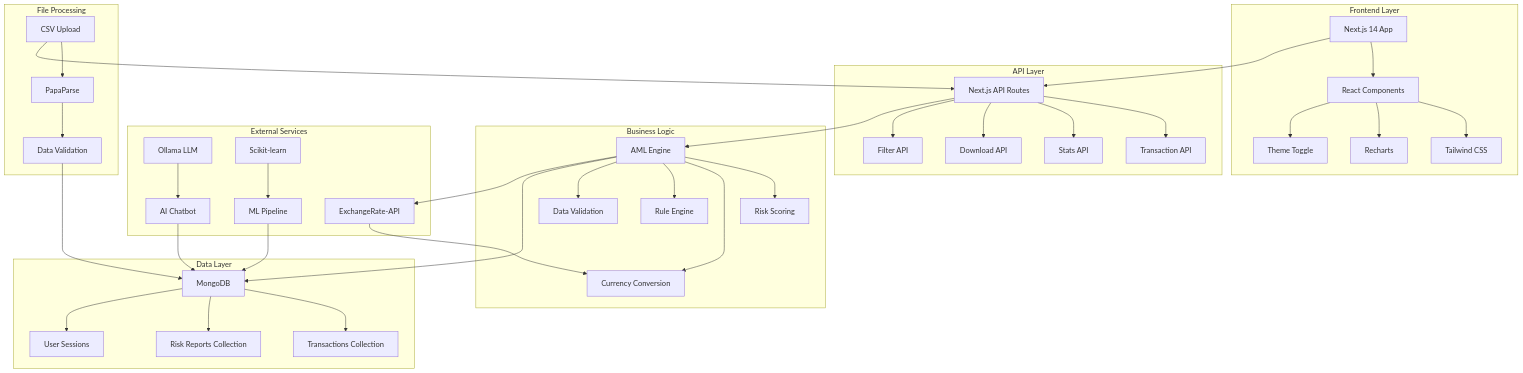
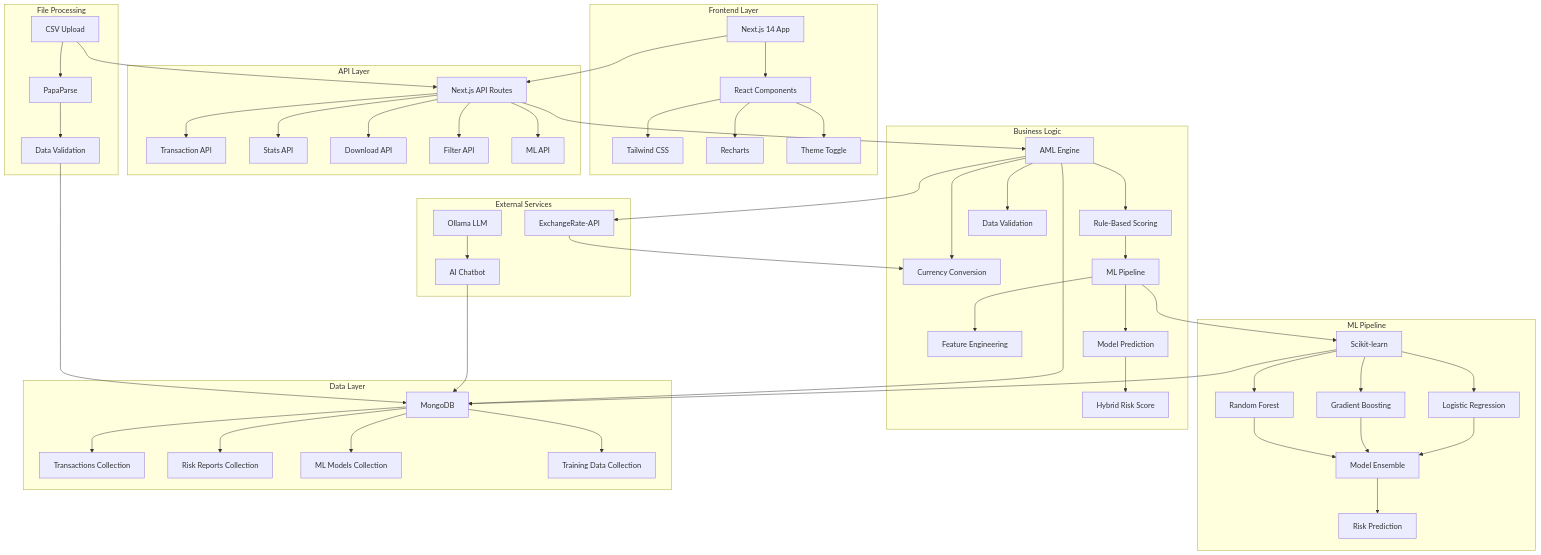
The first of 2 diagrams in README.md (yashkantsharma64/AML-360-Advanced-Anti-Money-Laundering-and-Transaction-Monitoring-System), drawn with Mermaid before and after one commit. The commit also changed other lines of this file, not shown here.

````diff
--- a/README.md
+++ b/README.md
@@ -73,49 +80,64 @@
 ```mermaid
 graph TB
     subgraph "Frontend Layer"
         A[Next.js 14 App] --> B[React Components]
         B --> C[Tailwind CSS]
         B --> D[Recharts]
         B --> E[Theme Toggle]
     end
     
     subgraph "API Layer"
         F[Next.js API Routes] --> G[Transaction API]
         F --> H[Stats API]
         F --> I[Download API]
         F --> J[Filter API]
+        F --> K[ML API]
     end
     
     subgraph "Business Logic"
-        K[AML Engine] --> L[Risk Scoring]
-        K --> M[Currency Conversion]
-        K --> N[Rule Engine]
-        K --> O[Data Validation]
+        L[AML Engine] --> M[Rule-Based Scoring]
+        L --> N[Currency Conversion]
+        L --> O[Data Validation]
+        M --> P[ML Pipeline]
+        P --> Q[Feature Engineering]
+        P --> R[Model Prediction]
+        R --> S[Hybrid Risk Score]
+    end
+    
+    subgraph "ML Pipeline"
+        T[Scikit-learn] --> U[Random Forest]
+        T --> V[Gradient Boosting]
+        T --> W[Logistic Regression]
+        U --> X[Model Ensemble]
+        V --> X
+        W --> X
+        X --> Y[Risk Prediction]
     end
     
     subgraph "Data Layer"
-        P[MongoDB] --> Q[Transactions Collection]
-        P --> R[Risk Reports Collection]
-        P --> S[User Sessions]
+        Z[MongoDB] --> AA[Transactions Collection]
+        Z --> BB[Risk Reports Collection]
+        Z --> CC[ML Models Collection]
+        Z --> DD[Training Data Collection]
     end
     
     subgraph "External Services"
-        T[ExchangeRate-API] --> M
-        U[Ollama LLM] --> V[AI Chatbot]
-        W[Scikit-learn] --> X[ML Pipeline]
+        EE[ExchangeRate-API] --> N
+        FF[Ollama LLM] --> GG[AI Chatbot]
     end
     
     subgraph "File Processing"
-        Y[CSV Upload] --> Z[PapaParse]
-        Z --> AA[Data Validation]
-        AA --> P
+        HH[CSV Upload] --> II[PapaParse]
+        II --> JJ[Data Validation]
+        JJ --> Z
     end
     
     A --> F
-    F --> K
-    K --> P
-    K --> T
-    V --> P
-    X --> P
-    Y --> F
+    F --> L
+    L --> Z
+    L --> EE
+    GG --> Z
+    P --> T
+    T --> Z
+    HH --> F
 ```
````
